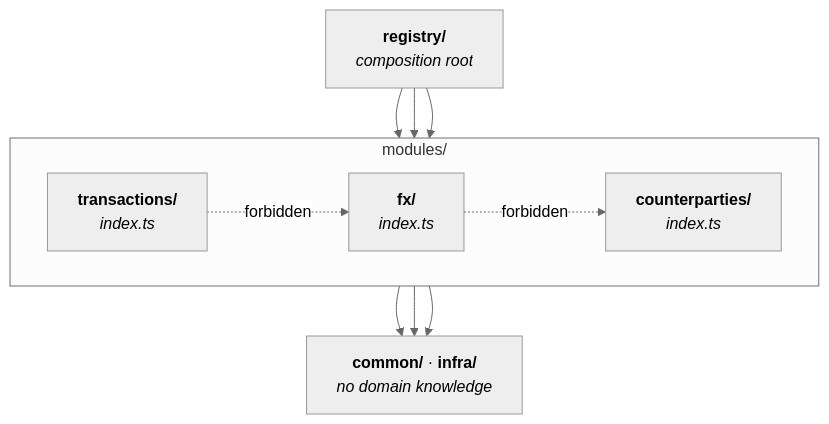
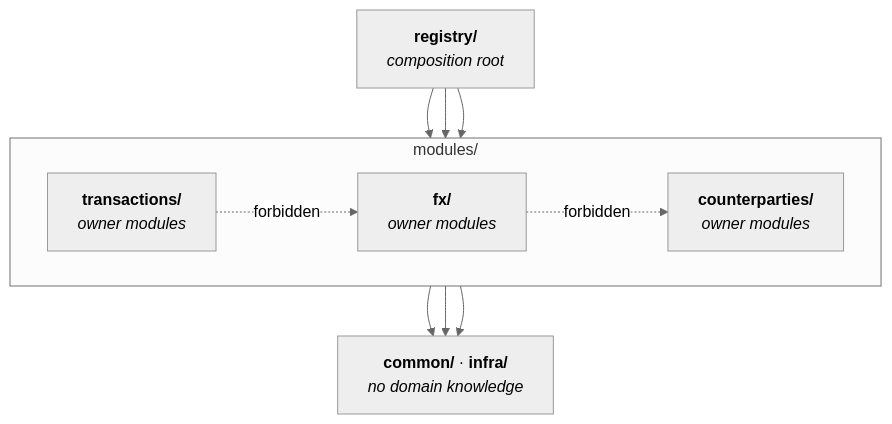
One commit to VoltLightning/waltning changed the first of 2 diagrams in docs/specification/architecture/10-code-structure.md. Above: the diagram before and after it, drawn with Mermaid (neutral theme). The commit also changed other lines of this file and 162 other files, not shown here.

````diff
--- a/docs/specification/architecture/10-code-structure.md
+++ b/docs/specification/architecture/10-code-structure.md
@@ -44,20 +52,20 @@
 ```mermaid
 graph TB
     REG["<b>registry/</b><br/><i>composition root</i>"]
 
     subgraph mods["modules/"]
         direction LR
-        TX["<b>transactions/</b><br/><i>index.ts</i>"]
-        FX["<b>fx/</b><br/><i>index.ts</i>"]
-        CP["<b>counterparties/</b><br/><i>index.ts</i>"]
+        TX["<b>transactions/</b><br/><i>owner modules</i>"]
+        FX["<b>fx/</b><br/><i>owner modules</i>"]
+        CP["<b>counterparties/</b><br/><i>owner modules</i>"]
     end
 
     COMMON["<b>common/</b> · <b>infra/</b><br/><i>no domain knowledge</i>"]
 
     REG --> TX & FX & CP
     TX --> COMMON
     FX --> COMMON
     CP --> COMMON
     TX -.->|"forbidden"| FX
     FX -.->|"forbidden"| CP
 ```
````
